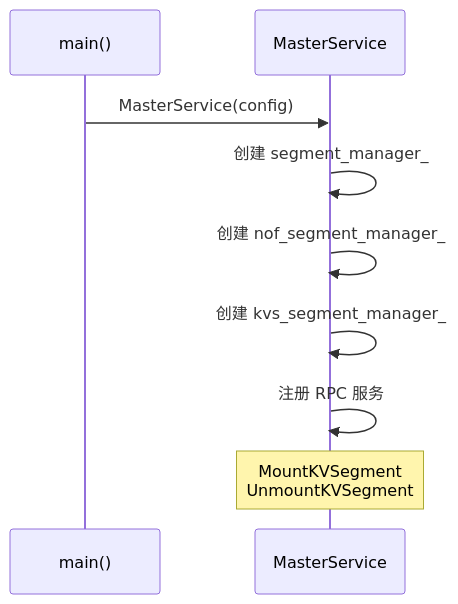
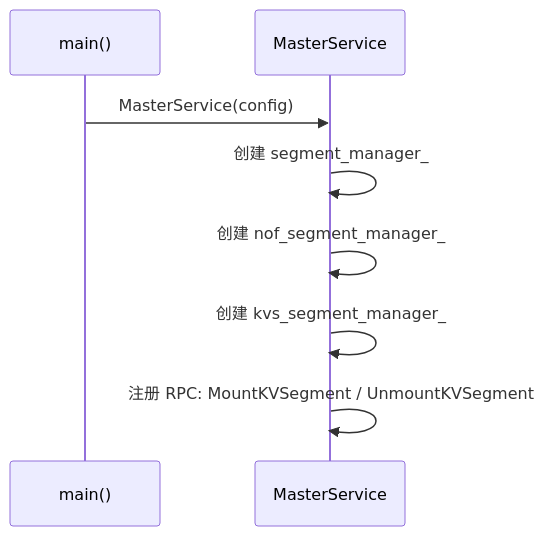
Before and after one commit to yz53665/Mooncake: the fifth of 12 diagrams in mooncake-store/docs/KVUSegment_design.md, drawn with Mermaid. The commit also changed other lines of this file, not shown here.

````diff
--- a/mooncake-store/docs/KVUSegment_design.md
+++ b/mooncake-store/docs/KVUSegment_design.md
@@ -204,12 +225,11 @@
 ```mermaid
 sequenceDiagram
     participant Main as main()
     participant MS as MasterService
 
     Main->>MS: MasterService(config)
     MS->>MS: 创建 segment_manager_
     MS->>MS: 创建 nof_segment_manager_
     MS->>MS: 创建 kvs_segment_manager_
-    MS->>MS: 注册 RPC 服务
-    Note over MS: MountKVSegment<br/>UnmountKVSegment
+    MS->>MS: 注册 RPC: MountKVSegment / UnmountKVSegment
 ```
````
